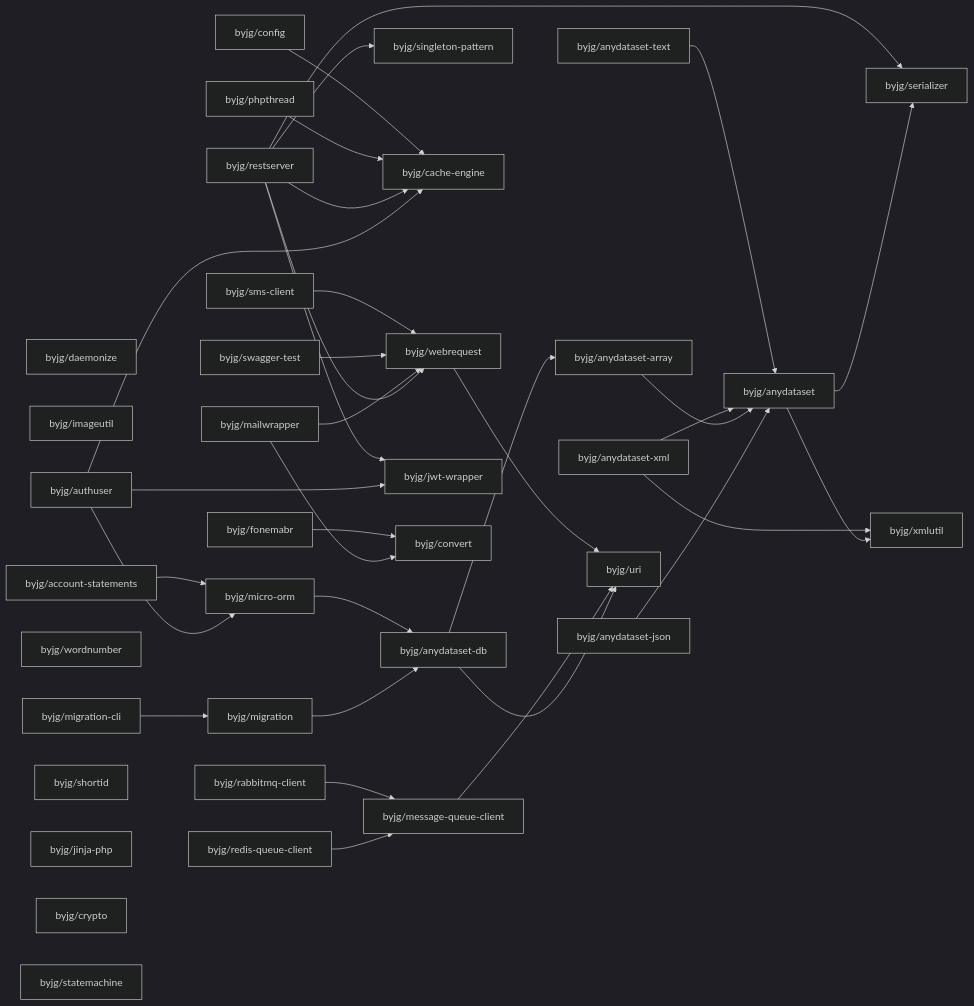
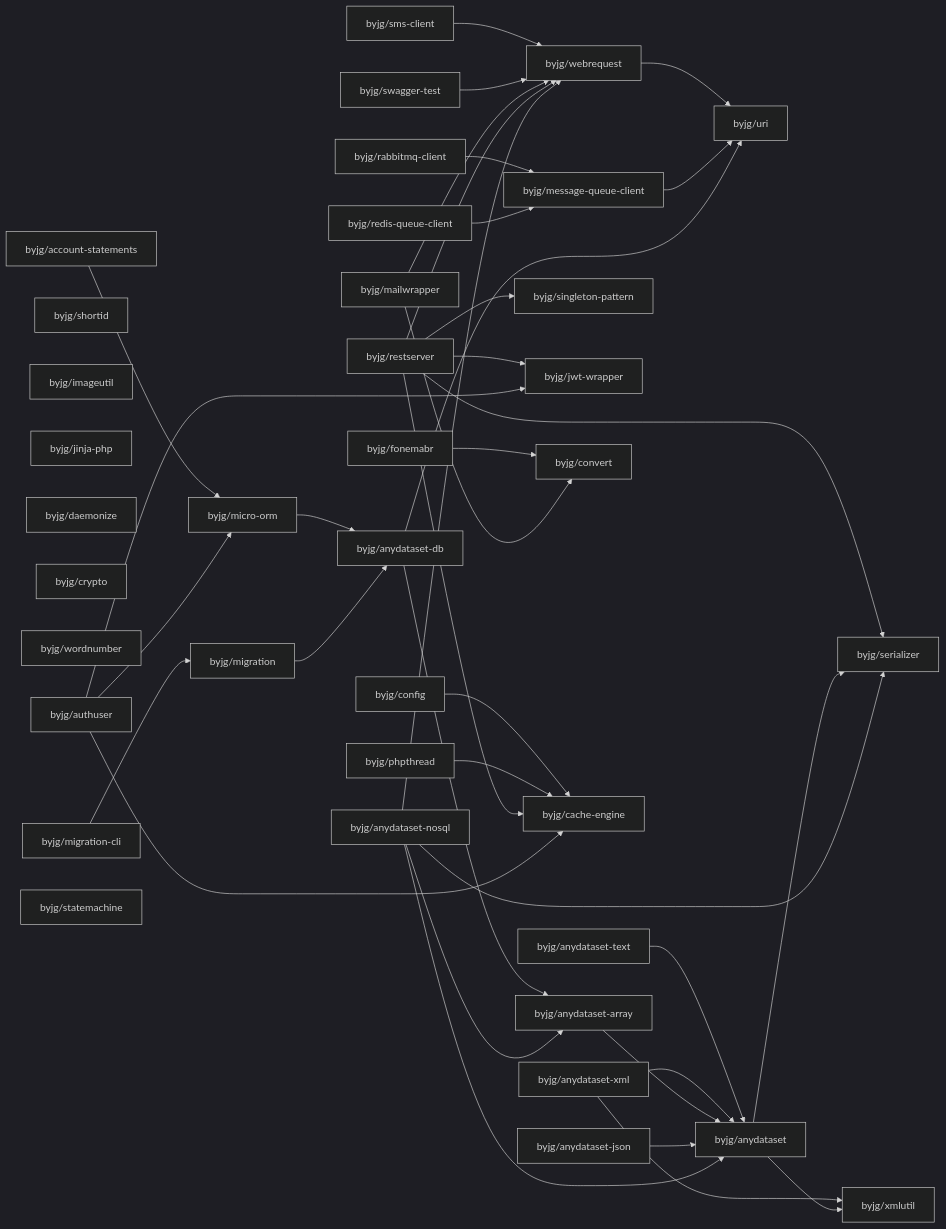
The diagram in php/README.md (byjg/byjg.github.io), drawn with Mermaid (dark theme) before and after one commit. The commit also changed 5 other files, not shown here.

Commit message:
Update documentation 'php' 'php-anydataset-nosql'

````diff
--- a/php/README.md
+++ b/php/README.md
@@ -3,71 +3,76 @@
 ```mermaid
 graph LR;
+  byjg/account-statements;
+  byjg/fonemabr;
+  byjg/shortid;
+  byjg/rabbitmq-client;
+  byjg/imageutil;
+  byjg/anydataset-xml;
+  byjg/anydataset-nosql;
+  byjg/jinja-php;
+  byjg/anydataset-json;
+  byjg/daemonize;
+  byjg/restserver;
+  byjg/crypto;
+  byjg/wordnumber;
+  byjg/config;
+  byjg/authuser;
+  byjg/redis-queue-client;
+  byjg/anydataset-text;
+  byjg/migration-cli;
+  byjg/swagger-test;
+  byjg/mailwrapper;
+  byjg/statemachine;
+  byjg/phpthread;
   byjg/sms-client;
-  byjg/config;
-  byjg/anydataset-text;
-  byjg/daemonize;
-  byjg/phpthread;
-  byjg/imageutil;
-  byjg/swagger-test;
-  byjg/authuser;
-  byjg/account-statements;
-  byjg/wordnumber;
-  byjg/anydataset-xml;
-  byjg/migration-cli;
-  byjg/redis-queue-client;
-  byjg/mailwrapper;
-  byjg/shortid;
-  byjg/jinja-php;
-  byjg/rabbitmq-client;
-  byjg/anydataset-json;
-  byjg/crypto;
-  byjg/restserver;
-  byjg/statemachine;
-  byjg/fonemabr;
+  byjg/singleton-pattern;
   byjg/micro-orm;
+  byjg/jwt-wrapper;
+  byjg/message-queue-client;
   byjg/migration;
-  byjg/message-queue-client;
-  byjg/singleton-pattern;
+  byjg/convert;
   byjg/cache-engine;
   byjg/webrequest;
-  byjg/jwt-wrapper;
-  byjg/convert;
   byjg/anydataset-db;
   byjg/anydataset-array;
   byjg/uri;
   byjg/anydataset;
   byjg/serializer;
   byjg/xmlutil;
   byjg/sms-client --> byjg/webrequest;
   byjg/fonemabr --> byjg/convert;
   byjg/config --> byjg/cache-engine;
   byjg/anydataset-text --> byjg/anydataset;
   byjg/webrequest --> byjg/uri;
   byjg/account-statements --> byjg/micro-orm;
   byjg/rabbitmq-client --> byjg/message-queue-client;
   byjg/micro-orm --> byjg/anydataset-db;
   byjg/phpthread --> byjg/cache-engine;
   byjg/swagger-test --> byjg/webrequest;
   byjg/anydataset-xml --> byjg/anydataset;
   byjg/anydataset-xml --> byjg/xmlutil;
   byjg/anydataset-array --> byjg/anydataset;
   byjg/mailwrapper --> byjg/convert;
   byjg/mailwrapper --> byjg/webrequest;
   byjg/message-queue-client --> byjg/uri;
   byjg/anydataset-db --> byjg/anydataset-array;
   byjg/anydataset-db --> byjg/uri;
   byjg/anydataset-json --> byjg/anydataset;
   byjg/migration --> byjg/anydataset-db;
   byjg/redis-queue-client --> byjg/message-queue-client;
   byjg/restserver --> byjg/serializer;
   byjg/restserver --> byjg/singleton-pattern;
   byjg/restserver --> byjg/cache-engine;
   byjg/restserver --> byjg/webrequest;
   byjg/restserver --> byjg/jwt-wrapper;
   byjg/authuser --> byjg/micro-orm;
   byjg/authuser --> byjg/cache-engine;
   byjg/authuser --> byjg/jwt-wrapper;
   byjg/migration-cli --> byjg/migration;
   byjg/anydataset --> byjg/serializer;
   byjg/anydataset --> byjg/xmlutil;
+  byjg/anydataset-nosql --> byjg/anydataset;
+  byjg/anydataset-nosql --> byjg/anydataset-array;
+  byjg/anydataset-nosql --> byjg/serializer;
+  byjg/anydataset-nosql --> byjg/webrequest;
 ```
````
